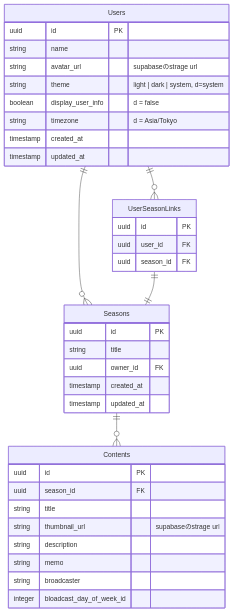
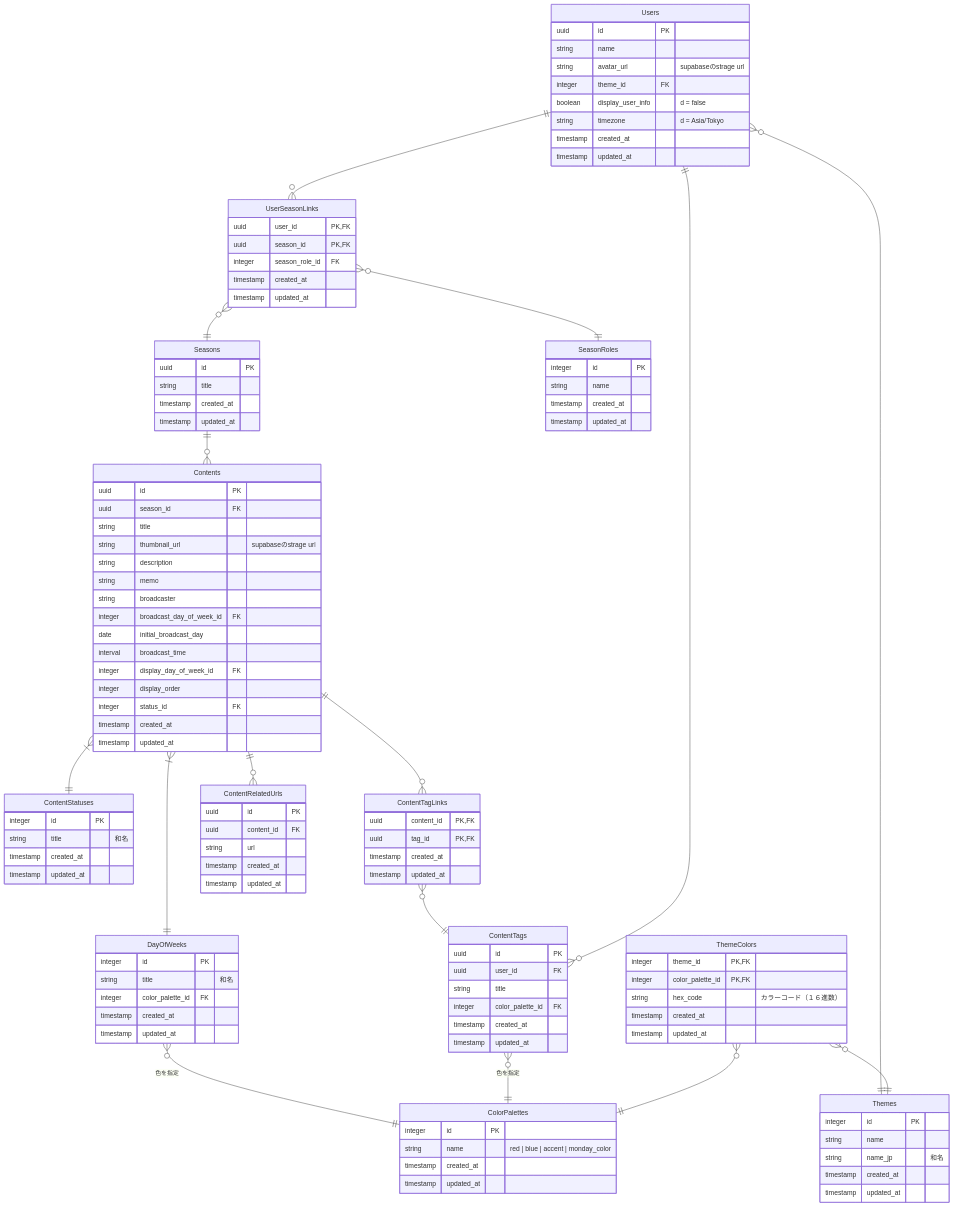
One commit to NakaiKt/show-spark changed the diagram in supabase/ER.md. Above: the diagram before and after it, drawn with Mermaid.

Commit message:
Update entity-relationship diagram in ER.md
- Added new entities: Themes, SeasonRoles, ContentRelatedUrls, DayOfWeeks, ContentStatuses, ContentTags, ThemeColors, and ColorPalettes.
- Updated relationships between Users, UserSeasonLinks, Seasons, and Contents.
- Modified attributes for existing entities to include foreign keys and additional fields for better data structure.

````diff
--- a/supabase/ER.md
+++ b/supabase/ER.md
@@ -8,31 +8,56 @@
 ```mermaid
 erDiagram
     Users ||--o{ UserSeasonLinks : ""
-    Users ||--o{ Seasons: ""
-    UserSeasonLinks ||--|| Seasons: ""
+    Users }o--|| Themes: ""
+    UserSeasonLinks }o--|| Seasons: ""
+    UserSeasonLinks }o--|| SeasonRoles: ""
     Seasons ||--o{ Contents: ""
+    Contents }|--|| DayOfWeeks: ""
+    Contents }|--|| ContentStatuses: ""
+    Contents ||--o{ ContentTagLinks: ""
+    Contents ||--o{ ContentRelatedUrls: ""
+    ContentTagLinks }o--|| ContentTags: ""
+    Users ||--o{ ContentTags: ""
+    DayOfWeeks }o--|| ColorPalettes : "色を指定"
+    ContentTags }o--|| ColorPalettes : "色を指定"
+    ThemeColors }o--|| ColorPalettes : ""
+    ThemeColors }o--|| Themes : ""
 
     Users {
         uuid id PK
         string name
         string avatar_url "supabaseのstrage url"
-        string theme "light | dark | system, d=system"
+        integer theme_id FK
         boolean display_user_info "d = false"
         string timezone "d = Asia/Tokyo"
+        timestamp created_at
+        timestamp updated_at
+    }
+    Themes {
+        integer id PK
+        string name
+        string name_jp "和名"
         timestamp created_at
         timestamp updated_at
     }
     Seasons {
         uuid id PK
         string title
-        uuid owner_id FK
         timestamp created_at
         timestamp updated_at
     }
     UserSeasonLinks {
-        uuid id PK
-        uuid user_id FK
-        uuid season_id FK
+        uuid user_id PK,FK
+        uuid season_id PK,FK
+        integer season_role_id FK
+        timestamp created_at
+        timestamp updated_at
+    }
+    SeasonRoles {
+        integer id PK
+        string name
+        timestamp created_at
+        timestamp updated_at
     }
     Contents {
         uuid id PK
@@ -42,6 +67,60 @@
         string description
         string memo
         string broadcaster
-        integer bloadcast_day_of_week_id
+        integer broadcast_day_of_week_id FK
+        date initial_broadcast_day
+        interval broadcast_time
+        integer display_day_of_week_id FK
+        integer display_order
+        integer status_id FK
+        timestamp created_at
+        timestamp updated_at
+    }
+    ContentRelatedUrls {
+        uuid id PK
+        uuid content_id FK
+        string url
+        timestamp created_at
+        timestamp updated_at
+    }
+    DayOfWeeks {
+        integer id PK
+        string title "和名"
+        integer color_palette_id FK
+        timestamp created_at
+        timestamp updated_at
+    }
+    ContentStatuses {
+        integer id PK
+        string title "和名"
+        timestamp created_at
+        timestamp updated_at
+    }
+    ContentTagLinks {
+        uuid content_id PK,FK
+        uuid tag_id PK,FK
+        timestamp created_at
+        timestamp updated_at
+    }
+    ContentTags {
+        uuid id PK
+        uuid user_id FK
+        string title
+        integer color_palette_id FK
+        timestamp created_at
+        timestamp updated_at
+    }
+    ThemeColors {
+        integer theme_id PK,FK
+        integer color_palette_id PK,FK
+        string hex_code "カラーコード（１６進数）"
+        timestamp created_at
+        timestamp updated_at
+    }
+    ColorPalettes {
+        integer id PK
+        string name "red | blue | accent | monday_color"
+        timestamp created_at
+        timestamp updated_at
     }
 ```
````
